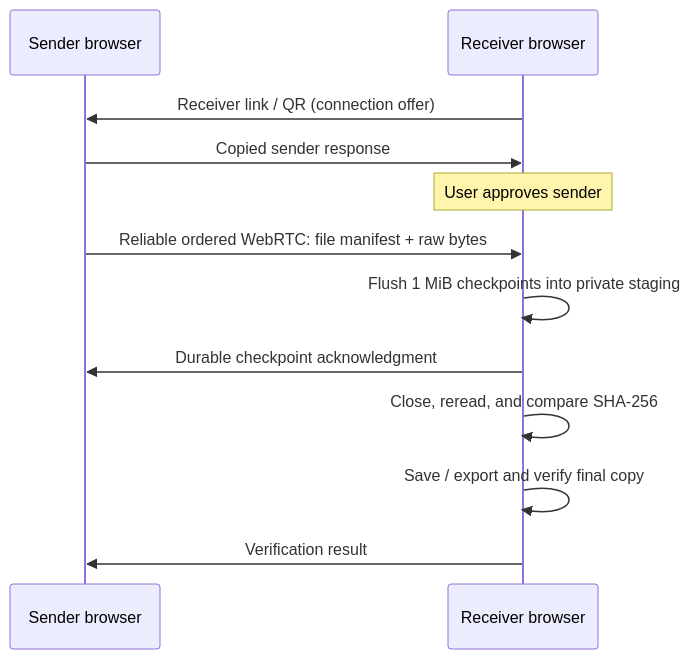
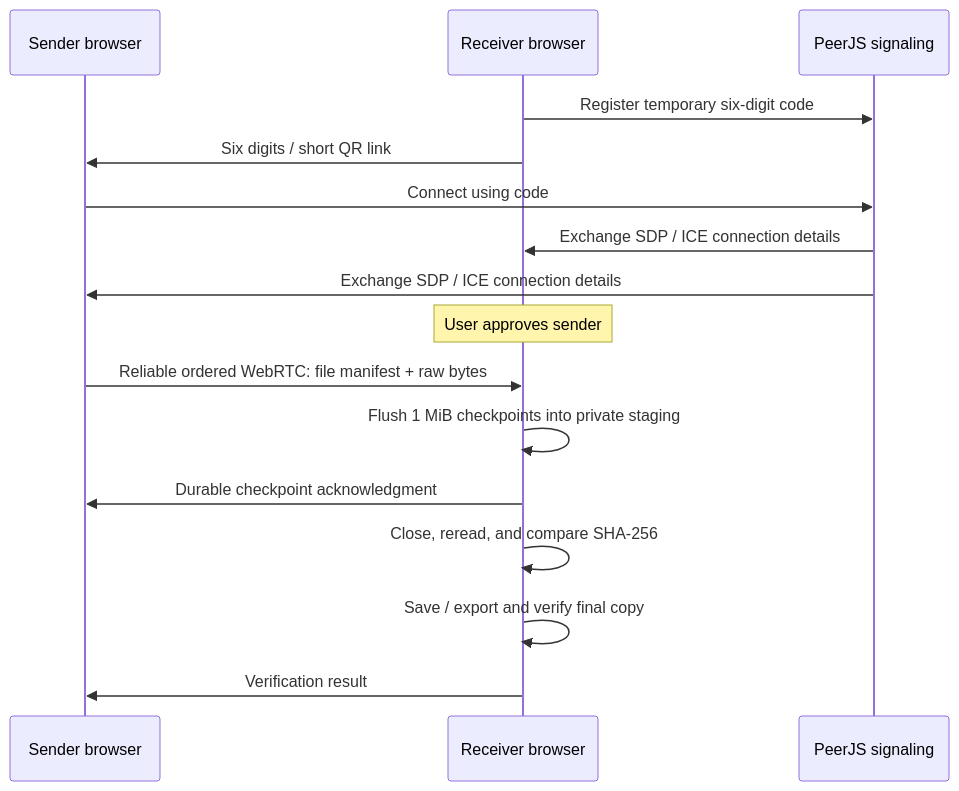
The diagram in README.md (s4lmon778/PixelGate), drawn with Mermaid before and after one commit. The commit also changed other lines of this file and 17 other files, not shown here.

Commit message:
Replace copied sender responses with six-digit pairing and receiver approval

````diff
--- a/README.md
+++ b/README.md
@@ -66,14 +69,18 @@
 ```mermaid
 sequenceDiagram
     participant S as Sender browser
     participant R as Receiver browser
-    R->>S: Receiver link / QR (connection offer)
-    S->>R: Copied sender response
+    participant P as PeerJS signaling
+    R->>P: Register temporary six-digit code
+    R->>S: Six digits / short QR link
+    S->>P: Connect using code
+    P->>R: Exchange SDP / ICE connection details
+    P->>S: Exchange SDP / ICE connection details
     Note over R: User approves sender
     S->>R: Reliable ordered WebRTC: file manifest + raw bytes
     R->>R: Flush 1 MiB checkpoints into private staging
     R->>S: Durable checkpoint acknowledgment
     R->>R: Close, reread, and compare SHA-256
     R->>R: Save / export and verify final copy
     R->>S: Verification result
 ```
````
